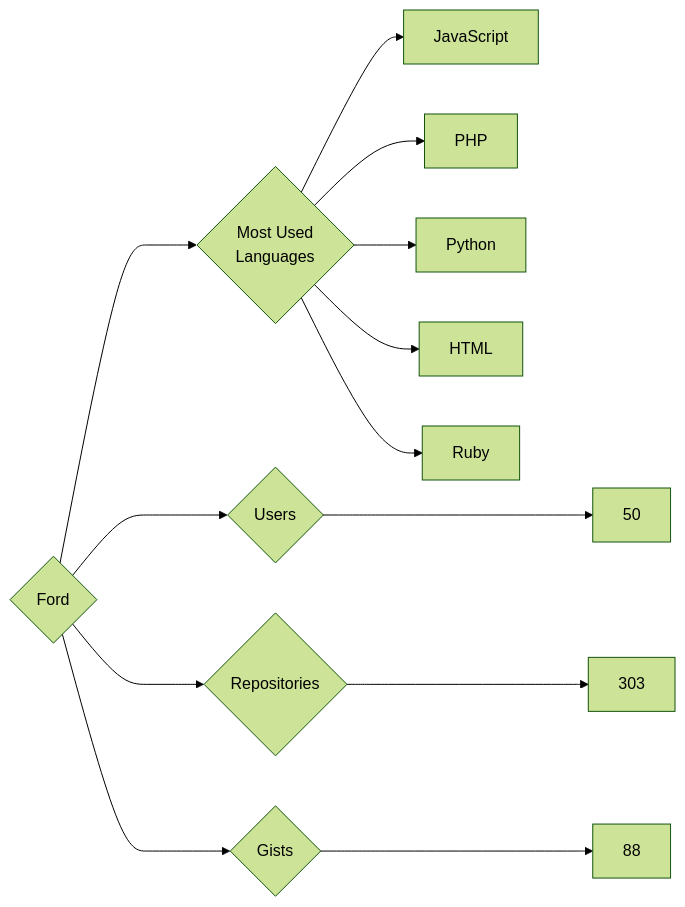
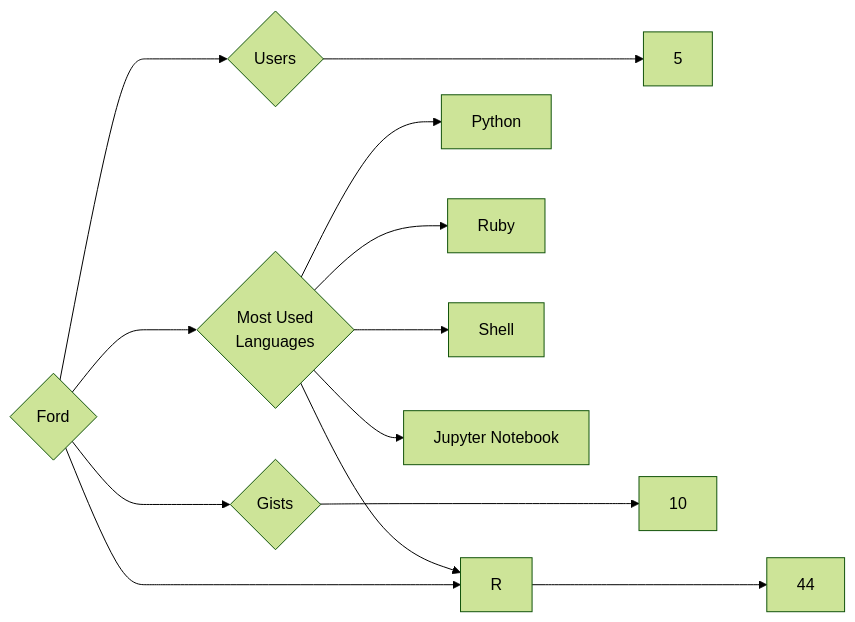
Before and after one commit to trickest/insiders: the diagram in targets/Ford/README.md, drawn with Mermaid (forest theme). The commit also changed 440 other files, not shown here.

````diff
--- a/targets/Ford/README.md
+++ b/targets/Ford/README.md
@@ -3,13 +3,13 @@
 ```mermaid
 graph LR
 COMPANY_NAME{Ford}
-COMPANY_NAME ---> U{Users} ---> UN[50]
-COMPANY_NAME ---> R{Repositories} ---> RN[303]
-COMPANY_NAME ---> G{Gists} ---> GN[88]
+COMPANY_NAME ---> U{Users} ---> UN[5]
+COMPANY_NAME ---> R{Repositories} ---> RN[44]
+COMPANY_NAME ---> G{Gists} ---> GN[10]
 COMPANY_NAME ---> ML{Most Used<br>Languages}
-ML --> JavaScript[JavaScript]
-ML --> PHP[PHP]
 ML --> Python[Python]
-ML --> HTML[HTML]
 ML --> Ruby[Ruby]
+ML --> Shell[Shell]
+ML --> R[R]
+ML --> Jupyter_Notebook[Jupyter Notebook]
 ```
````
